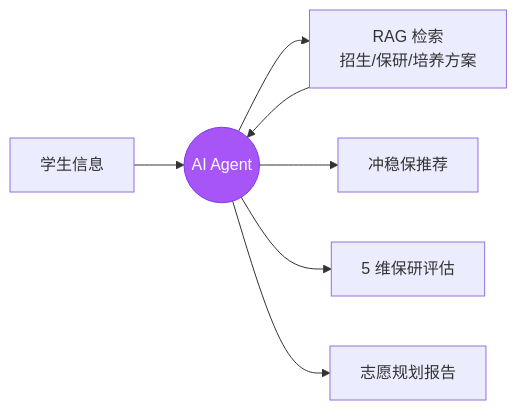
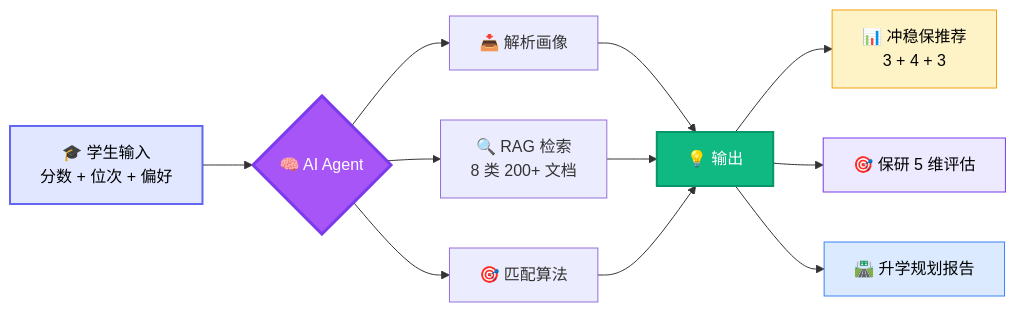
The first of 3 diagrams in README.md (mear9713/gaokao), drawn with Mermaid before and after one commit. The commit also changed other lines of this file, not shown here.

````diff
--- a/README.md
+++ b/README.md
@@ -24,10 +30,18 @@
 ```mermaid
 flowchart LR
-  A[学生信息] --> B((AI Agent))
-  B --> C[RAG 检索<br/>招生/保研/培养方案]
-  C --> B
-  B --> D[冲稳保推荐]
-  B --> E[5 维保研评估]
-  B --> F[志愿规划报告]
-  style B fill:#a855f7,stroke:#7c3aed,color:#fff
+  A[🎓 学生输入<br/>分数 + 位次 + 偏好] --> B{🧠 AI Agent}
+  B --> C[📥 解析画像]
+  B --> D[🔍 RAG 检索<br/>8 类 200+ 文档]
+  B --> E[🎯 匹配算法]
+  C & D & E --> F[💡 输出]
+  F --> G[📊 冲稳保推荐<br/>3 + 4 + 3]
+  F --> H[🎯 保研 5 维评估]
+  F --> I[🛣️ 升学规划报告]
+
+  style A fill:#e0e7ff,stroke:#6366f1,stroke-width:2px,color:#000
+  style B fill:#a855f7,stroke:#7c3aed,stroke-width:3px,color:#fff
+  style F fill:#10b981,stroke:#059669,stroke-width:2px,color:#fff
+  style G fill:#fef3c7,stroke:#f59e0b,color:#000
+  style H fill:#ede9fe,stroke:#7c3aed,color:#000
+  style I fill:#dbeafe,stroke:#3b82f6,color:#000
 ```
````
